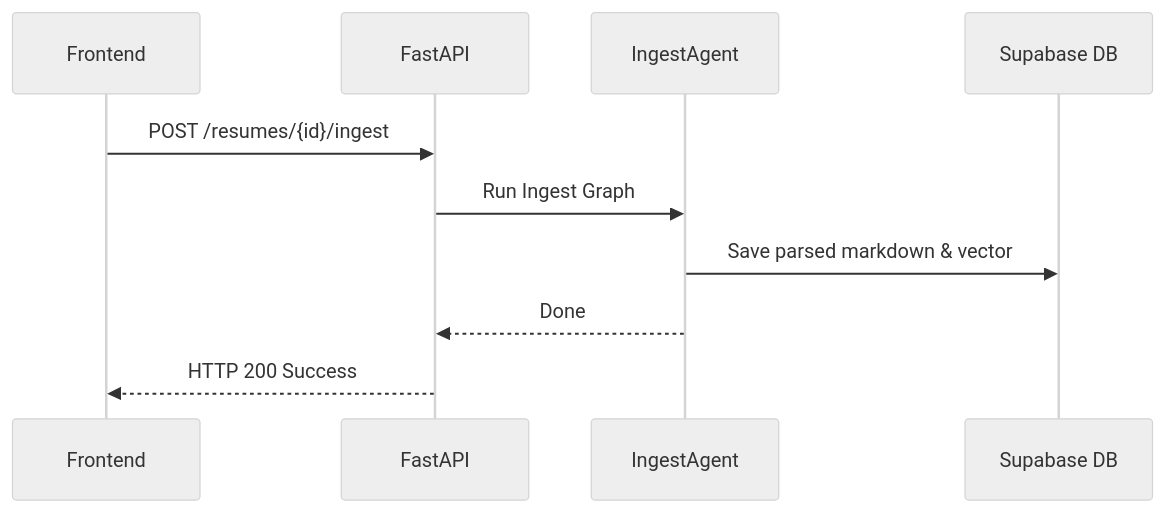
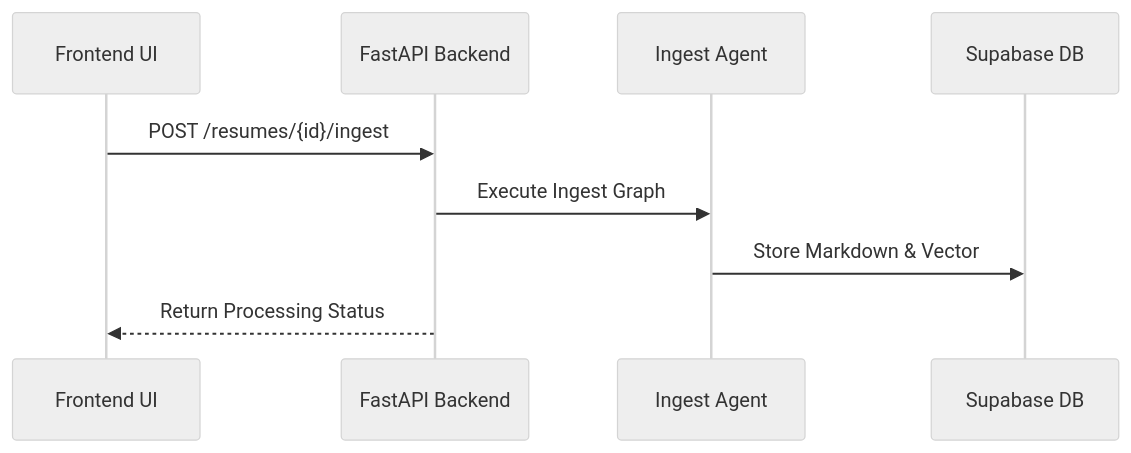
The fourth of 5 diagrams in presentation/slide_generation_prompt.md (linhnguyenviet030704-oss/T099), drawn with Mermaid (neutral theme) before and after one commit. The commit also changed other lines of this file and 13 other files, not shown here.

````diff
--- a/presentation/slide_generation_prompt.md
+++ b/presentation/slide_generation_prompt.md
@@ -341,12 +419,11 @@
 ```mermaid
 sequenceDiagram
-    participant FE as Frontend
-    participant API as FastAPI
-    participant Agent as IngestAgent
+    participant FE as Frontend UI
+    participant API as FastAPI Backend
+    participant Agent as Ingest Agent
     participant SB as Supabase DB
     FE->>API: POST /resumes/{id}/ingest
-    API->>Agent: Run Ingest Graph
-    Agent->>SB: Save parsed markdown & vector
-    Agent-->>API: Done
-    API-->>FE: HTTP 200 Success
+    API->>Agent: Execute Ingest Graph
+    Agent->>SB: Store Markdown & Vector
+    API-->>FE: Return Processing Status
 ```
````
